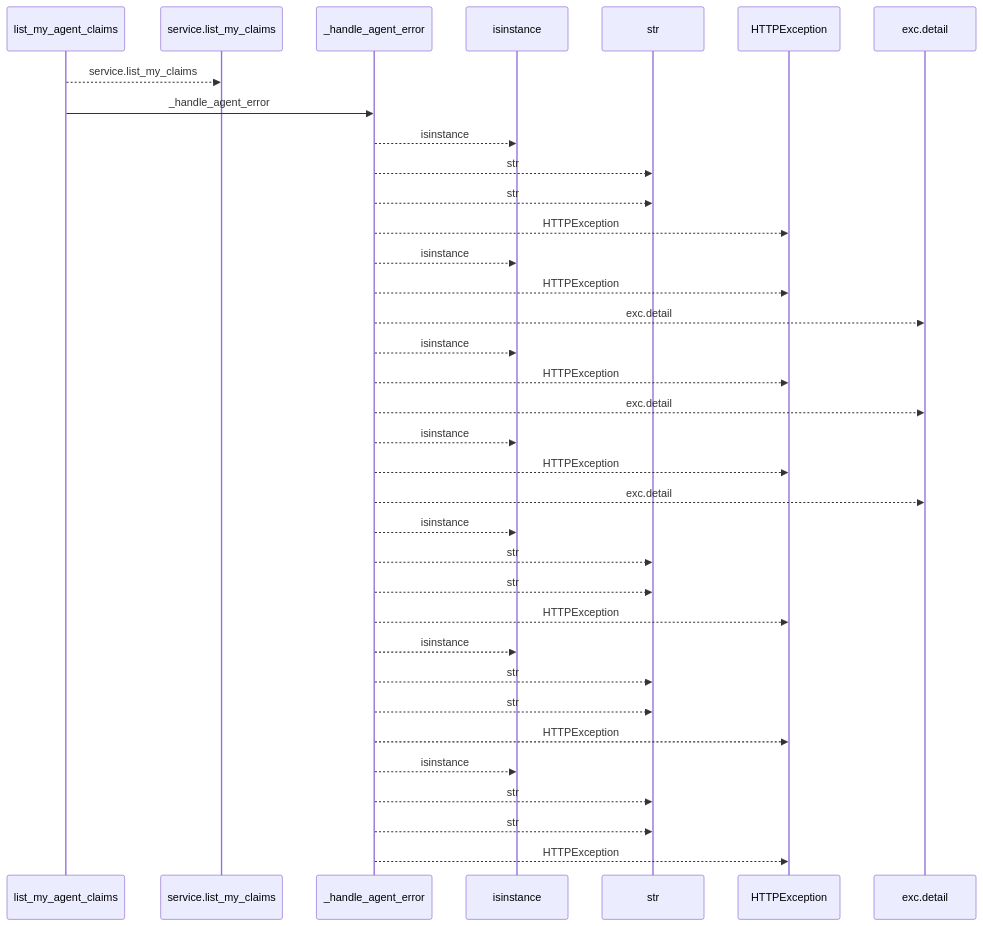
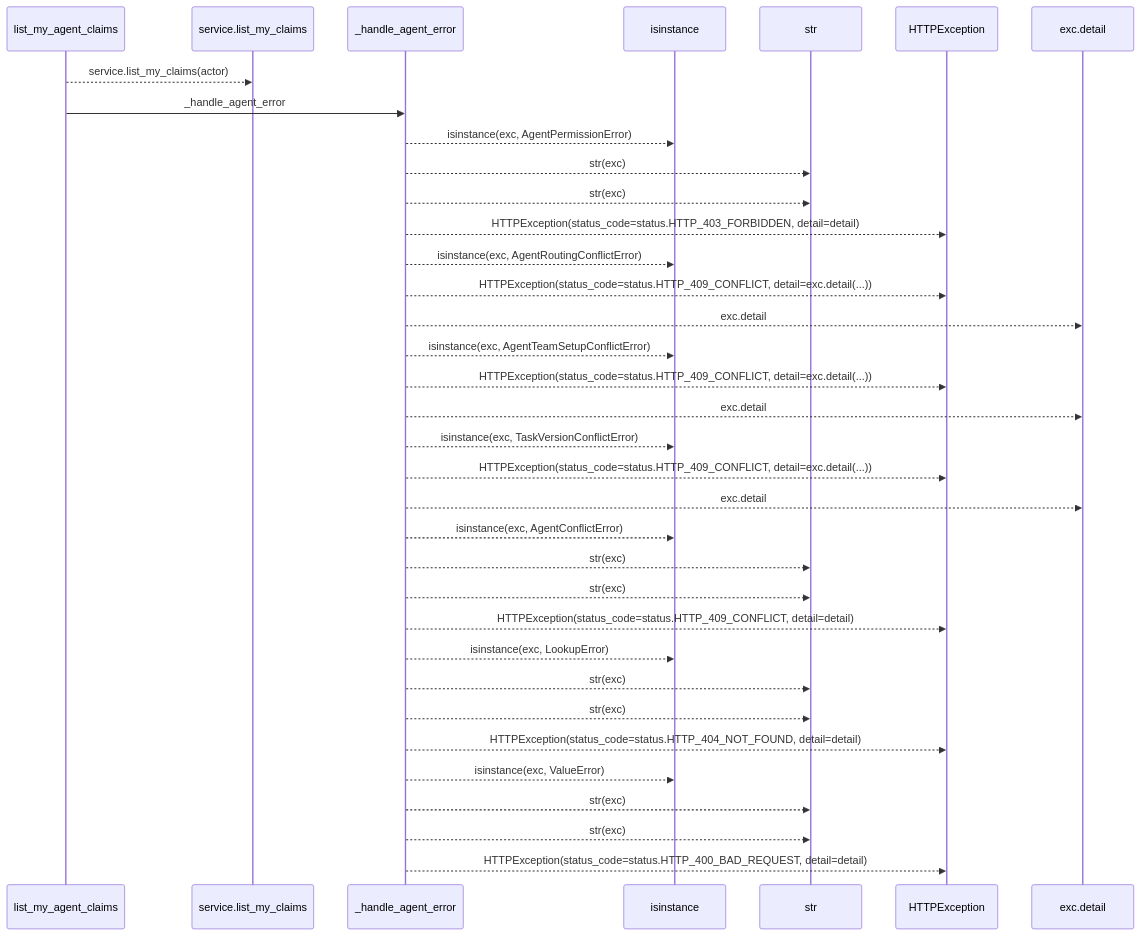
One commit to Denissvgn/WorkChord changed the first of 2 diagrams in docs/llm_wiki/flows/http-list_my_agent_claims.md. Above: the diagram before and after it, drawn with Mermaid. The commit also changed other lines of this file and 25171 other files, not shown here.

````diff
--- a/docs/llm_wiki/flows/http-list_my_agent_claims.md
+++ b/docs/llm_wiki/flows/http-list_my_agent_claims.md
@@ -10,37 +12,37 @@
 ```mermaid
 sequenceDiagram
     participant p0 as list_my_agent_claims
     participant p1 as service.list_my_claims
     participant p2 as _handle_agent_error
     participant p3 as isinstance
     participant p4 as str
     participant p5 as HTTPException
     participant p6 as exc.detail
-    p0-->>p1: service.list_my_claims
+    p0-->>p1: service.list_my_claims(actor)
     p0->>p2: _handle_agent_error
-    p2-->>p3: isinstance
-    p2-->>p4: str
-    p2-->>p4: str
-    p2-->>p5: HTTPException
-    p2-->>p3: isinstance
-    p2-->>p5: HTTPException
+    p2-->>p3: isinstance(exc, AgentPermissionError)
+    p2-->>p4: str(exc)
+    p2-->>p4: str(exc)
+    p2-->>p5: HTTPException(status_code=status.HTTP_403_FORBIDDEN, detail=detail)
+    p2-->>p3: isinstance(exc, AgentRoutingConflictError)
+    p2-->>p5: HTTPException(status_code=status.HTTP_409_CONFLICT, detail=exc.detail(...))
     p2-->>p6: exc.detail
-    p2-->>p3: isinstance
-    p2-->>p5: HTTPException
+    p2-->>p3: isinstance(exc, AgentTeamSetupConflictError)
+    p2-->>p5: HTTPException(status_code=status.HTTP_409_CONFLICT, detail=exc.detail(...))
     p2-->>p6: exc.detail
-    p2-->>p3: isinstance
-    p2-->>p5: HTTPException
+    p2-->>p3: isinstance(exc, TaskVersionConflictError)
+    p2-->>p5: HTTPException(status_code=status.HTTP_409_CONFLICT, detail=exc.detail(...))
     p2-->>p6: exc.detail
-    p2-->>p3: isinstance
-    p2-->>p4: str
-    p2-->>p4: str
-    p2-->>p5: HTTPException
-    p2-->>p3: isinstance
-    p2-->>p4: str
-    p2-->>p4: str
-    p2-->>p5: HTTPException
-    p2-->>p3: isinstance
-    p2-->>p4: str
-    p2-->>p4: str
-    p2-->>p5: HTTPException
+    p2-->>p3: isinstance(exc, AgentConflictError)
+    p2-->>p4: str(exc)
+    p2-->>p4: str(exc)
+    p2-->>p5: HTTPException(status_code=status.HTTP_409_CONFLICT, detail=detail)
+    p2-->>p3: isinstance(exc, LookupError)
+    p2-->>p4: str(exc)
+    p2-->>p4: str(exc)
+    p2-->>p5: HTTPException(status_code=status.HTTP_404_NOT_FOUND, detail=detail)
+    p2-->>p3: isinstance(exc, ValueError)
+    p2-->>p4: str(exc)
+    p2-->>p4: str(exc)
+    p2-->>p5: HTTPException(status_code=status.HTTP_400_BAD_REQUEST, detail=detail)
 ```
````
